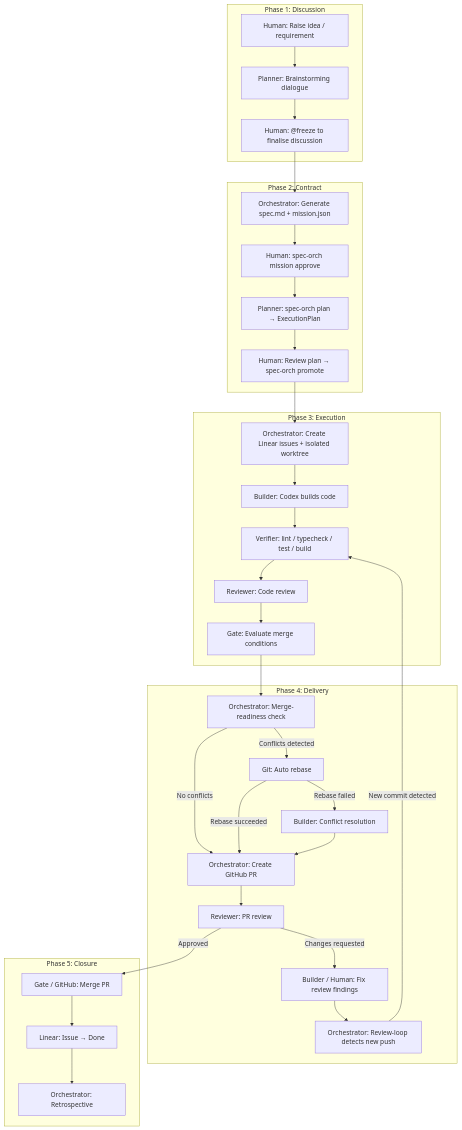
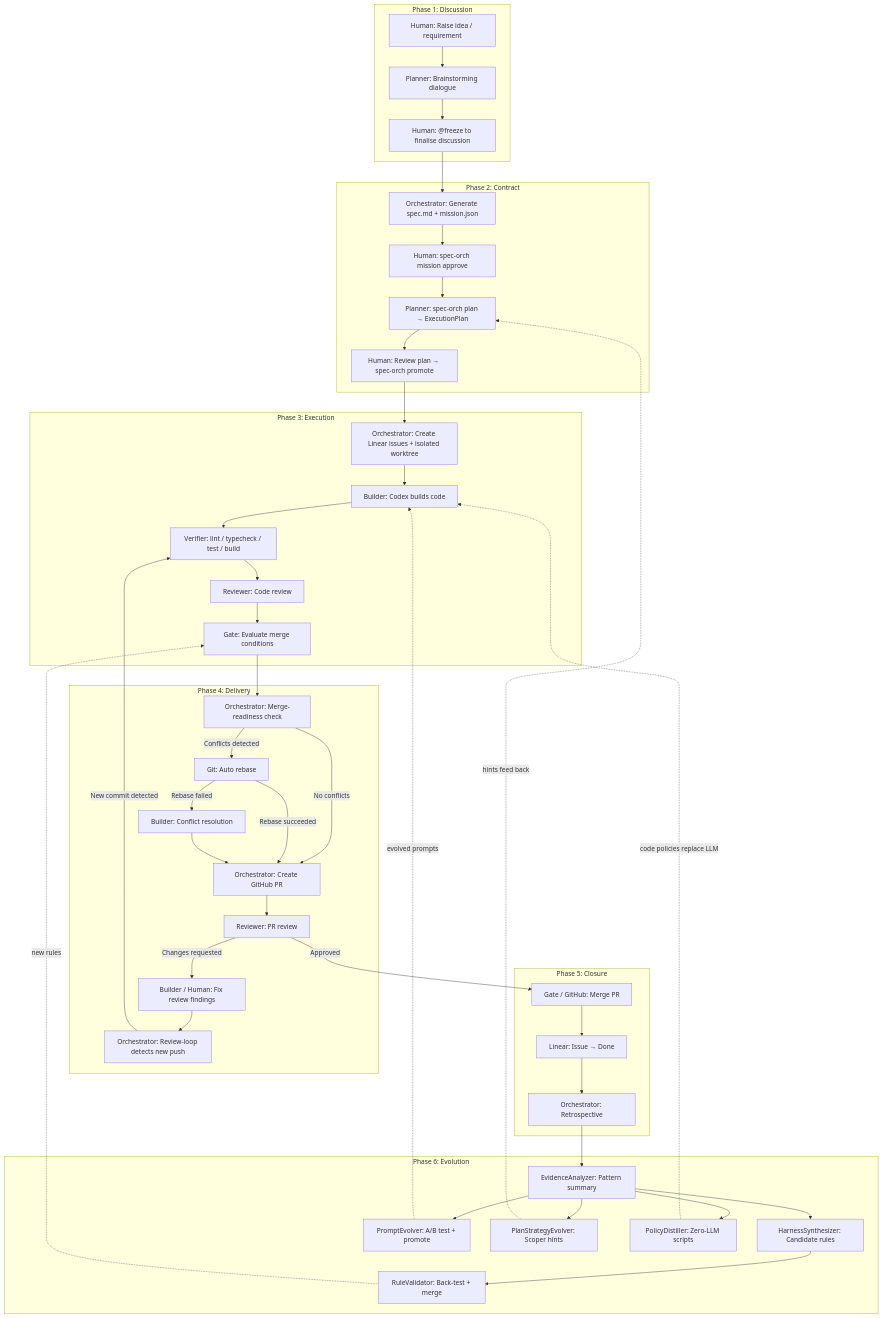
One commit to fakechris/spec-orch changed the first of 3 diagrams in docs/architecture/pipeline-roles-and-stages.md. Above: the diagram before and after it, drawn with Mermaid. The commit also changed other lines of this file and 10 other files, not shown here.

````diff
--- a/docs/architecture/pipeline-roles-and-stages.md
+++ b/docs/architecture/pipeline-roles-and-stages.md
@@ -23,54 +24,72 @@
 ```mermaid
 flowchart TD
     subgraph phase1 ["Phase 1: Discussion"]
         H1["Human: Raise idea / requirement"]
         P1["Planner: Brainstorming dialogue"]
         F1["Human: @freeze to finalise discussion"]
     end
 
     subgraph phase2 ["Phase 2: Contract"]
         M1["Orchestrator: Generate spec.md + mission.json"]
         H2["Human: spec-orch mission approve"]
         P2["Planner: spec-orch plan → ExecutionPlan"]
         H3["Human: Review plan → spec-orch promote"]
     end
 
     subgraph phase3 ["Phase 3: Execution"]
         O1["Orchestrator: Create Linear issues + isolated worktree"]
         B1["Builder: Codex builds code"]
         V1["Verifier: lint / typecheck / test / build"]
         R1["Reviewer: Code review"]
         G1["Gate: Evaluate merge conditions"]
     end
 
     subgraph phase4 ["Phase 4: Delivery"]
         MR1["Orchestrator: Merge-readiness check"]
         RB1["Git: Auto rebase"]
         RB2["Builder: Conflict resolution"]
         PR1["Orchestrator: Create GitHub PR"]
         RV1["Reviewer: PR review"]
         FIX1["Builder / Human: Fix review findings"]
         RL1["Orchestrator: Review-loop detects new push"]
     end
 
     subgraph phase5 ["Phase 5: Closure"]
         MG1["Gate / GitHub: Merge PR"]
         LN1["Linear: Issue → Done"]
         RT1["Orchestrator: Retrospective"]
     end
 
+    subgraph phase6 ["Phase 6: Evolution"]
+        EA1["EvidenceAnalyzer: Pattern summary"]
+        HS1["HarnessSynthesizer: Candidate rules"]
+        RV2["RuleValidator: Back-test + merge"]
+        PE1["PromptEvolver: A/B test + promote"]
+        SE1["PlanStrategyEvolver: Scoper hints"]
+        PD1["PolicyDistiller: Zero-LLM scripts"]
+    end
+
     H1 --> P1 --> F1 --> M1 --> H2 --> P2 --> H3
     H3 --> O1 --> B1 --> V1 --> R1 --> G1
     G1 --> MR1
     MR1 -->|"No conflicts"| PR1
     MR1 -->|"Conflicts detected"| RB1
     RB1 -->|"Rebase succeeded"| PR1
     RB1 -->|"Rebase failed"| RB2
     RB2 --> PR1
     PR1 --> RV1
     RV1 -->|"Approved"| MG1
     RV1 -->|"Changes requested"| FIX1
     FIX1 --> RL1
     RL1 -->|"New commit detected"| V1
     MG1 --> LN1 --> RT1
+    RT1 --> EA1
+    EA1 --> HS1 --> RV2
+    EA1 --> PE1
+    EA1 --> SE1
+    EA1 --> PD1
+    SE1 -.->|"hints feed back"| P2
+    PE1 -.->|"evolved prompts"| B1
+    RV2 -.->|"new rules"| G1
+    PD1 -.->|"code policies replace LLM"| B1
 ```
````
